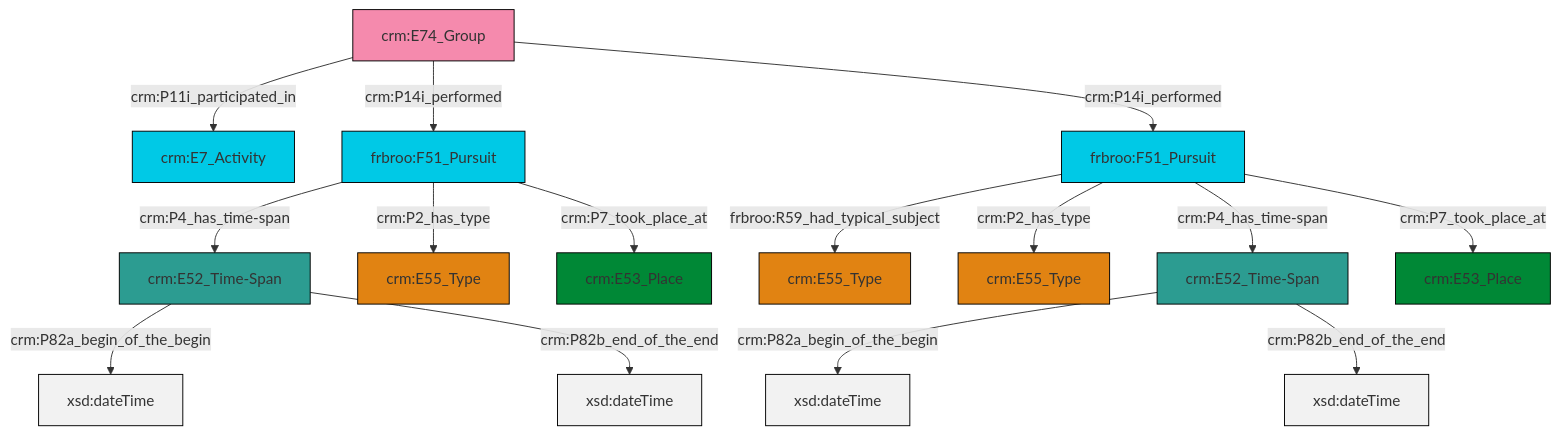
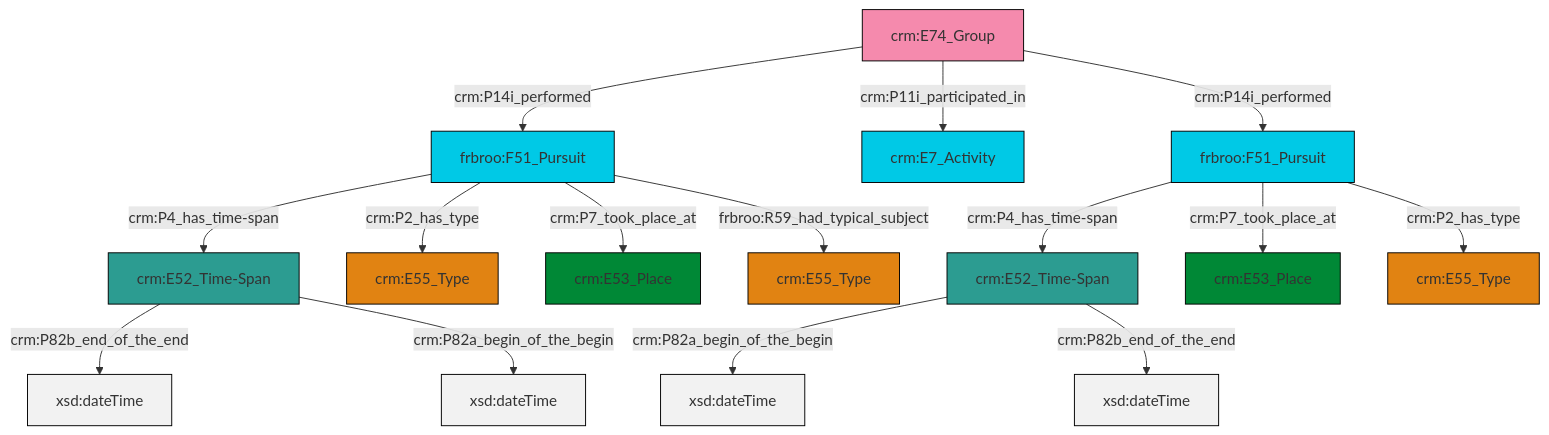
One commit to swiss-art-research-net/docs.swissartresearch changed the diagram in et/groupCSV/ttl/mmd/group_events.ttl.mmd. Above: the diagram before and after it, drawn with Mermaid. The commit also changed 178 other files, not shown here.

```diff
--- a/et/groupCSV/ttl/mmd/group_events.ttl.mmd
+++ b/et/groupCSV/ttl/mmd/group_events.ttl.mmd
@@ -1,29 +1,29 @@
 graph TD
 classDef Literal fill:#f2f2f2,stroke:#000000;
 classDef CRM_Entity fill:#FFFFFF,stroke:#000000;
 classDef Temporal_Entity fill:#00C9E6, stroke:#000000;
 classDef Type fill:#E18312, stroke:#000000;
 classDef Time-Span fill:#2C9C91, stroke:#000000;
 classDef Appellation fill:#FFEB7F, stroke:#000000;
 classDef Place fill:#008836, stroke:#000000;
 classDef Persistent_Item fill:#B266B2, stroke:#000000;
 classDef Conceptual_Object fill:#FFD700, stroke:#000000;
 classDef Physical_Thing fill:#D2B48C, stroke:#000000;
 classDef Actor fill:#f58aad, stroke:#000000;
 classDef PC_Classes fill:#4ce600, stroke:#000000;
 classDef Multi fill:#cccccc,stroke:#000000;
 
-2["crm:E74_Group"]:::Actor -->|crm:P11i_participated_in| 3["crm:E7_Activity"]:::Temporal_Entity
 4["frbroo:F51_Pursuit"]:::Temporal_Entity -->|crm:P4_has_time-span| 5["crm:E52_Time-Span"]:::Time-Span
-6["frbroo:F51_Pursuit"]:::Temporal_Entity -->|frbroo:R59_had_typical_subject| 7["crm:E55_Type"]:::Type
-8["crm:E52_Time-Span"]:::Time-Span -->|crm:P82a_begin_of_the_begin| 9[xsd:dateTime]:::Literal
-4["frbroo:F51_Pursuit"]:::Temporal_Entity -->|crm:P2_has_type| 10["crm:E55_Type"]:::Type
-6["frbroo:F51_Pursuit"]:::Temporal_Entity -->|crm:P2_has_type| 0["crm:E55_Type"]:::Type
-5["crm:E52_Time-Span"]:::Time-Span -->|crm:P82a_begin_of_the_begin| 12[xsd:dateTime]:::Literal
-4["frbroo:F51_Pursuit"]:::Temporal_Entity -->|crm:P7_took_place_at| 14["crm:E53_Place"]:::Place
-8["crm:E52_Time-Span"]:::Time-Span -->|crm:P82b_end_of_the_end| 18[xsd:dateTime]:::Literal
-2["crm:E74_Group"]:::Actor -->|crm:P14i_performed| 4["frbroo:F51_Pursuit"]:::Temporal_Entity
-6["frbroo:F51_Pursuit"]:::Temporal_Entity -->|crm:P4_has_time-span| 8["crm:E52_Time-Span"]:::Time-Span
-2["crm:E74_Group"]:::Actor -->|crm:P14i_performed| 6["frbroo:F51_Pursuit"]:::Temporal_Entity
-5["crm:E52_Time-Span"]:::Time-Span -->|crm:P82b_end_of_the_end| 27[xsd:dateTime]:::Literal
-6["frbroo:F51_Pursuit"]:::Temporal_Entity -->|crm:P7_took_place_at| 23["crm:E53_Place"]:::Place
+5["crm:E52_Time-Span"]:::Time-Span -->|crm:P82a_begin_of_the_begin| 8[xsd:dateTime]:::Literal
+6["crm:E74_Group"]:::Actor -->|crm:P14i_performed| 0["frbroo:F51_Pursuit"]:::Temporal_Entity
+5["crm:E52_Time-Span"]:::Time-Span -->|crm:P82b_end_of_the_end| 14[xsd:dateTime]:::Literal
+0["frbroo:F51_Pursuit"]:::Temporal_Entity -->|crm:P4_has_time-span| 15["crm:E52_Time-Span"]:::Time-Span
+6["crm:E74_Group"]:::Actor -->|crm:P11i_participated_in| 16["crm:E7_Activity"]:::Temporal_Entity
+0["frbroo:F51_Pursuit"]:::Temporal_Entity -->|crm:P2_has_type| 17["crm:E55_Type"]:::Type
+4["frbroo:F51_Pursuit"]:::Temporal_Entity -->|crm:P7_took_place_at| 19["crm:E53_Place"]:::Place
+0["frbroo:F51_Pursuit"]:::Temporal_Entity -->|crm:P7_took_place_at| 20["crm:E53_Place"]:::Place
+4["frbroo:F51_Pursuit"]:::Temporal_Entity -->|crm:P2_has_type| 2["crm:E55_Type"]:::Type
+15["crm:E52_Time-Span"]:::Time-Span -->|crm:P82b_end_of_the_end| 23[xsd:dateTime]:::Literal
+6["crm:E74_Group"]:::Actor -->|crm:P14i_performed| 4["frbroo:F51_Pursuit"]:::Temporal_Entity
+0["frbroo:F51_Pursuit"]:::Temporal_Entity -->|frbroo:R59_had_typical_subject| 11["crm:E55_Type"]:::Type
+15["crm:E52_Time-Span"]:::Time-Span -->|crm:P82a_begin_of_the_begin| 27[xsd:dateTime]:::Literal
```
